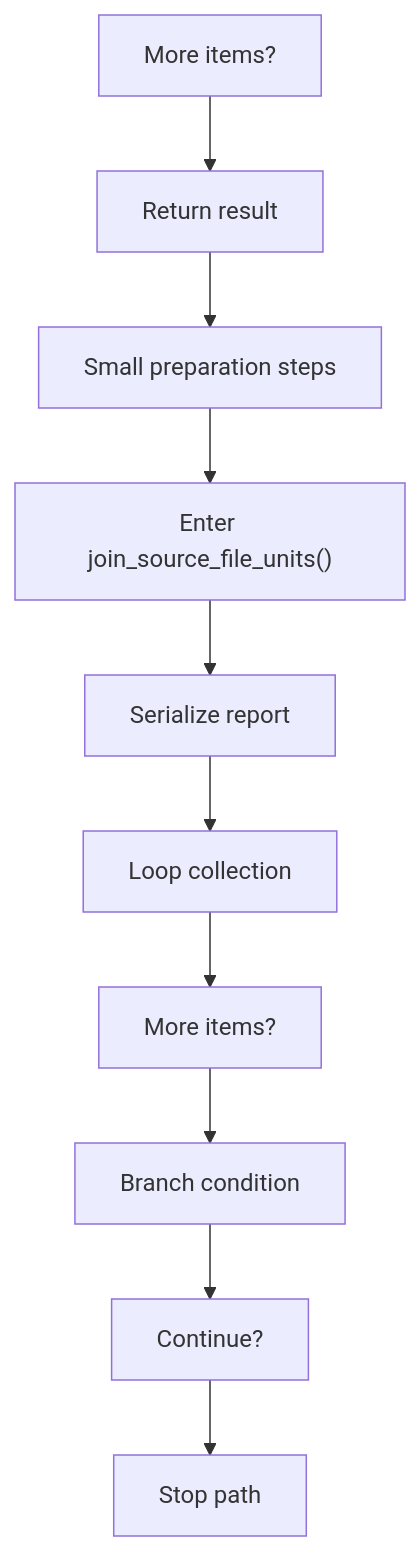
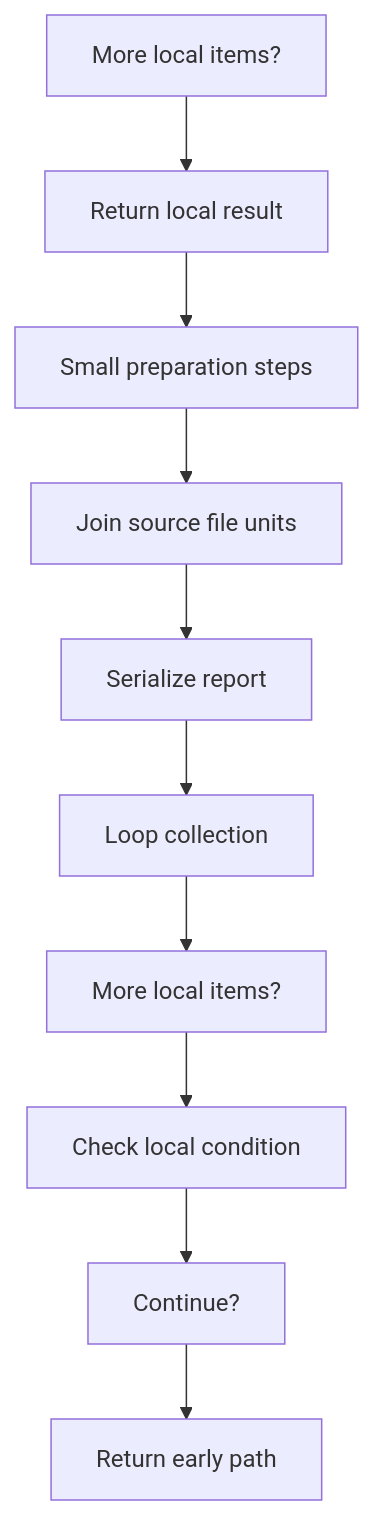
Before and after one commit to JohnAndrewBalbarosa/NeoTerritory: the second of 6 diagrams in docs/Codebase/Microservice/Modules/Source/Analysis/Input/source_reader.cpp.md, drawn with Mermaid. The commit also changed other lines of this file and 925 other files, not shown here.

````diff
--- a/docs/Codebase/Microservice/Modules/Source/Analysis/Input/source_reader.cpp.md
+++ b/docs/Codebase/Microservice/Modules/Source/Analysis/Input/source_reader.cpp.md
@@ -56,22 +55,22 @@
 ```mermaid
 flowchart TD
-    N0["More items?"]
-    N1["Return result"]
+    N0["More local items?"]
+    N1["Return local result"]
     N2["Small preparation steps"]
-    N3["Enter join_source_file_units()"]
+    N3["Join source file units"]
     N4["Serialize report"]
     N5["Loop collection"]
-    N6["More items?"]
-    N7["Branch condition"]
+    N6["More local items?"]
+    N7["Check local condition"]
     N8["Continue?"]
-    N9["Stop path"]
+    N9["Return early path"]
     N0 --> N1
     N1 --> N2
     N2 --> N3
     N3 --> N4
     N4 --> N5
     N5 --> N6
     N6 --> N7
     N7 --> N8
     N8 --> N9
 ```
````
